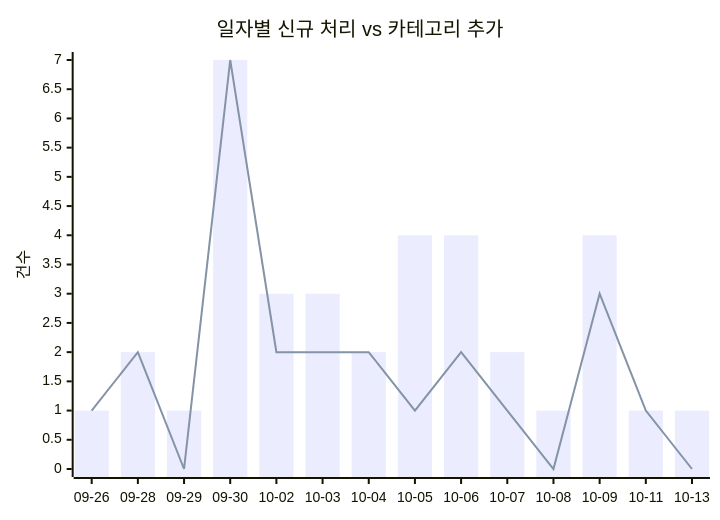
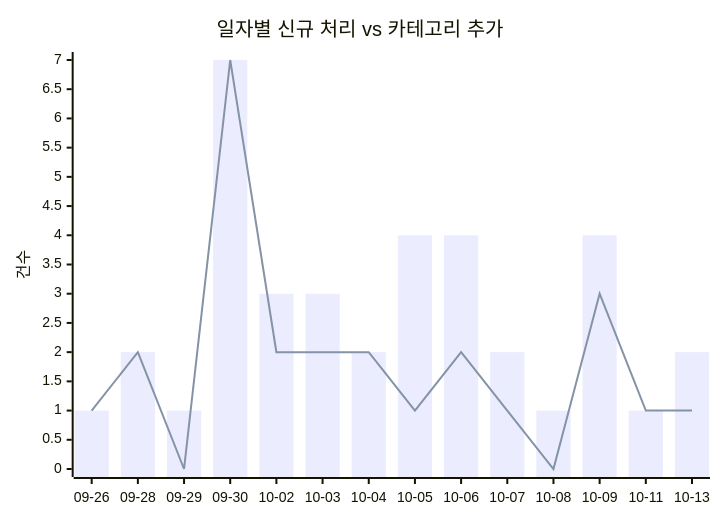
The first of 2 diagrams in docs/trends.md (J-nowcow/awesome-korean-agent-skills), drawn with Mermaid before and after one commit. The commit also changed other lines of this file and 3 other files, not shown here.

````diff
--- a/docs/trends.md
+++ b/docs/trends.md
@@ -32,8 +32,8 @@
 ```mermaid
 xychart-beta
     title "일자별 신규 처리 vs 카테고리 추가"
     x-axis ["09-26","09-28","09-29","09-30","10-02","10-03","10-04","10-05","10-06","10-07","10-08","10-09","10-11","10-13"]
     y-axis "건수"
-    bar [1,2,1,7,3,3,2,4,4,2,1,4,1,1]
-    line [1,2,0,7,2,2,2,1,2,1,0,3,1,0]
+    bar [1,2,1,7,3,3,2,4,4,2,1,4,1,2]
+    line [1,2,0,7,2,2,2,1,2,1,0,3,1,1]
 ```
````
